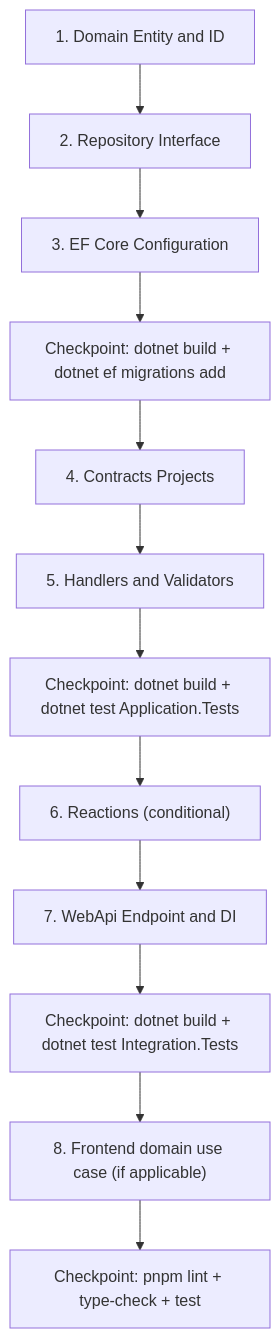
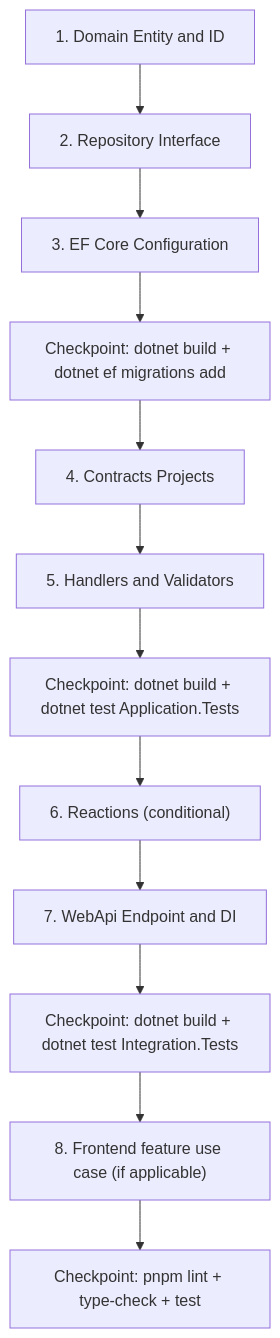
Before and after one commit to Litenova-Solutions/Engineering-Standards: the diagram in docs/conventions/shared/agentic-guardrails.md, drawn with Mermaid. The commit also changed other lines of this file and 27 other files, not shown here.

First line of the commit message:
Rename frontend domain folder convention to features.

````diff
--- a/docs/conventions/shared/agentic-guardrails.md
+++ b/docs/conventions/shared/agentic-guardrails.md
@@ -71,27 +71,27 @@
 ```mermaid
 graph TD
     Step1["1. Domain Entity and ID"]
     Step2["2. Repository Interface"]
     Step3["3. EF Core Configuration"]
     Step3b["Checkpoint: dotnet build + dotnet ef migrations add"]
     Step4["4. Contracts Projects"]
     Step5["5. Handlers and Validators"]
     Step5b["Checkpoint: dotnet build + dotnet test Application.Tests"]
     Step6["6. Reactions (conditional)"]
     Step7["7. WebApi Endpoint and DI"]
     Step7b["Checkpoint: dotnet build + dotnet test Integration.Tests"]
-    Step8["8. Frontend domain use case (if applicable)"]
+    Step8["8. Frontend feature use case (if applicable)"]
     Step8b["Checkpoint: pnpm lint + type-check + test"]
 
     Step1 --> Step2
     Step2 --> Step3
     Step3 --> Step3b
     Step3b --> Step4
     Step4 --> Step5
     Step5 --> Step5b
     Step5b --> Step6
     Step6 --> Step7
     Step7 --> Step7b
     Step7b --> Step8
     Step8 --> Step8b
 ```
````
